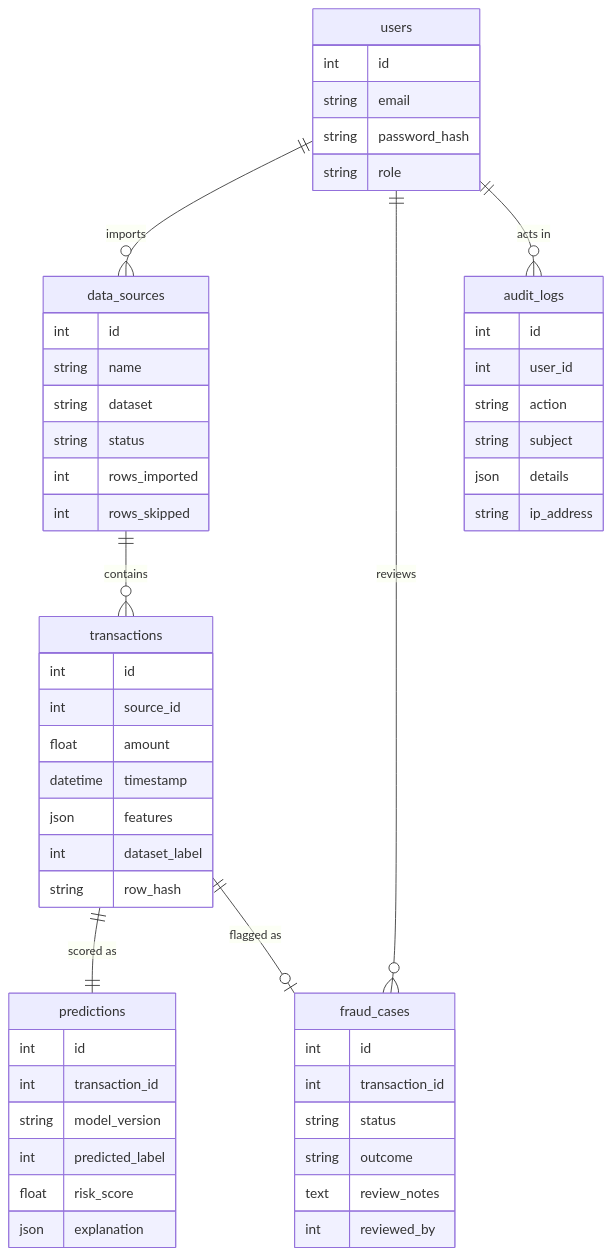
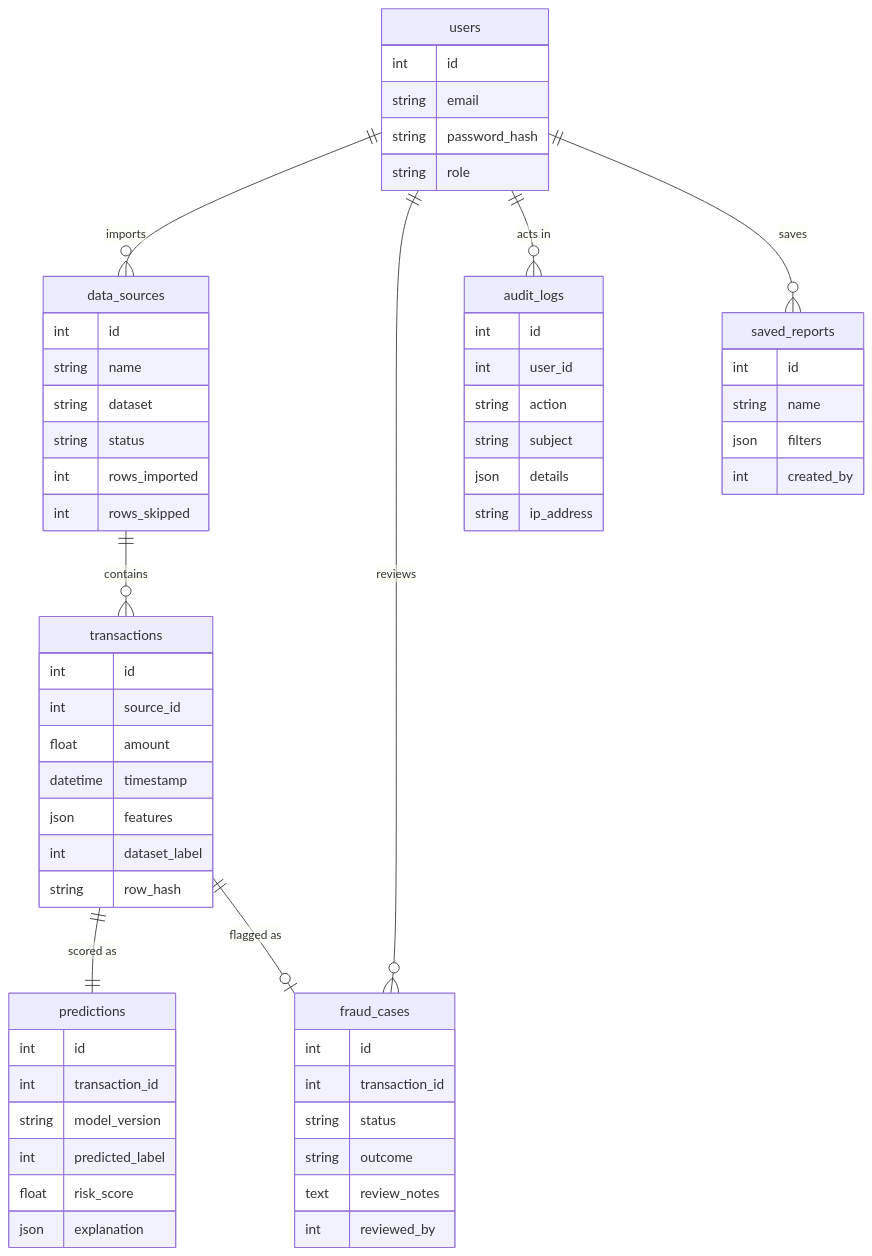
The third of 3 diagrams in docs/ARCHITECTURE.md (Im-manojkumar/Secure-Bank), drawn with Mermaid before and after one commit. The commit also changed other lines of this file and 25 other files, not shown here.

First line of the commit message:
Add saved reports and CSV downloads

````diff
--- a/docs/ARCHITECTURE.md
+++ b/docs/ARCHITECTURE.md
@@ -65,57 +65,64 @@
 ```mermaid
 erDiagram
     users ||--o{ data_sources : imports
     users ||--o{ fraud_cases : reviews
     users ||--o{ audit_logs : "acts in"
+    users ||--o{ saved_reports : saves
     data_sources ||--o{ transactions : contains
     transactions ||--|| predictions : "scored as"
     transactions ||--o| fraud_cases : "flagged as"
 
     users {
         int id
         string email
         string password_hash
         string role
     }
     data_sources {
         int id
         string name
         string dataset
         string status
         int rows_imported
         int rows_skipped
     }
     transactions {
         int id
         int source_id
         float amount
         datetime timestamp
         json features
         int dataset_label
         string row_hash
     }
     predictions {
         int id
         int transaction_id
         string model_version
         int predicted_label
         float risk_score
         json explanation
     }
     fraud_cases {
         int id
         int transaction_id
         string status
         string outcome
         text review_notes
         int reviewed_by
     }
+    saved_reports {
+        int id
+        string name
+        json filters
+        int created_by
+    }
     audit_logs {
         int id
         int user_id
         string action
         string subject
         json details
         string ip_address
     }
 ```
````
